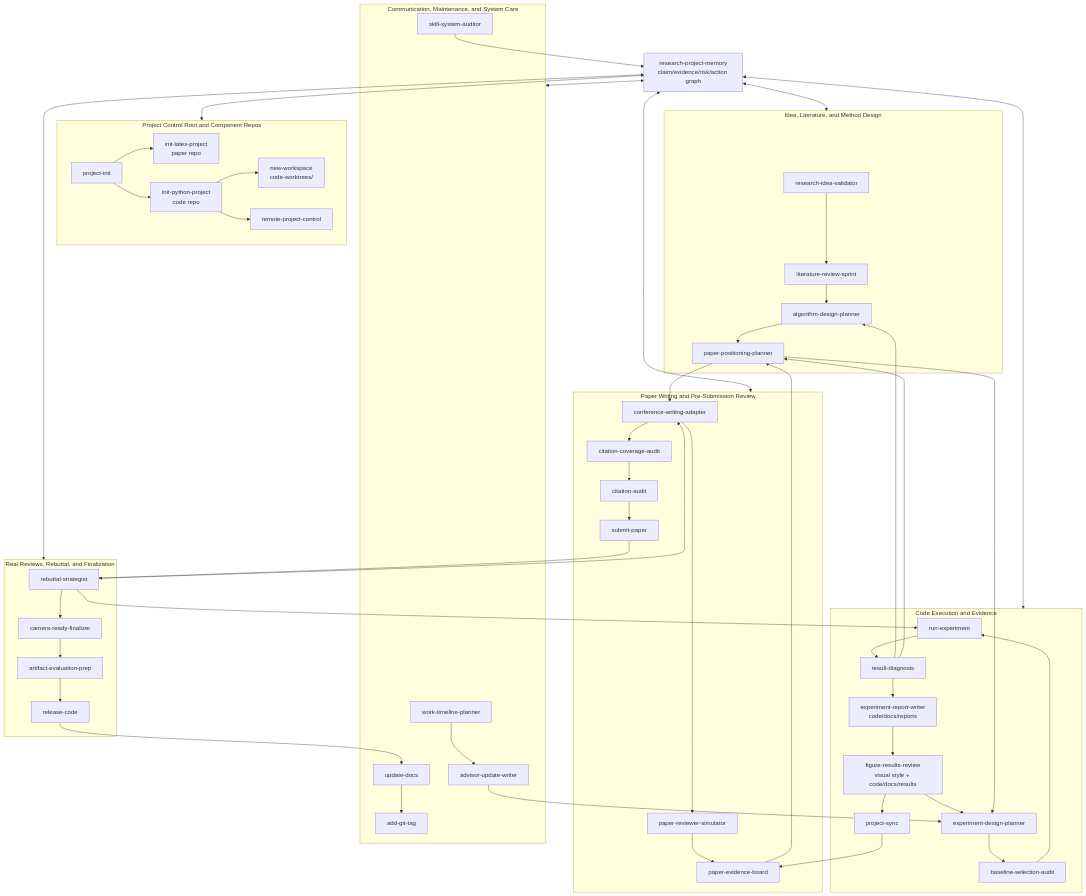
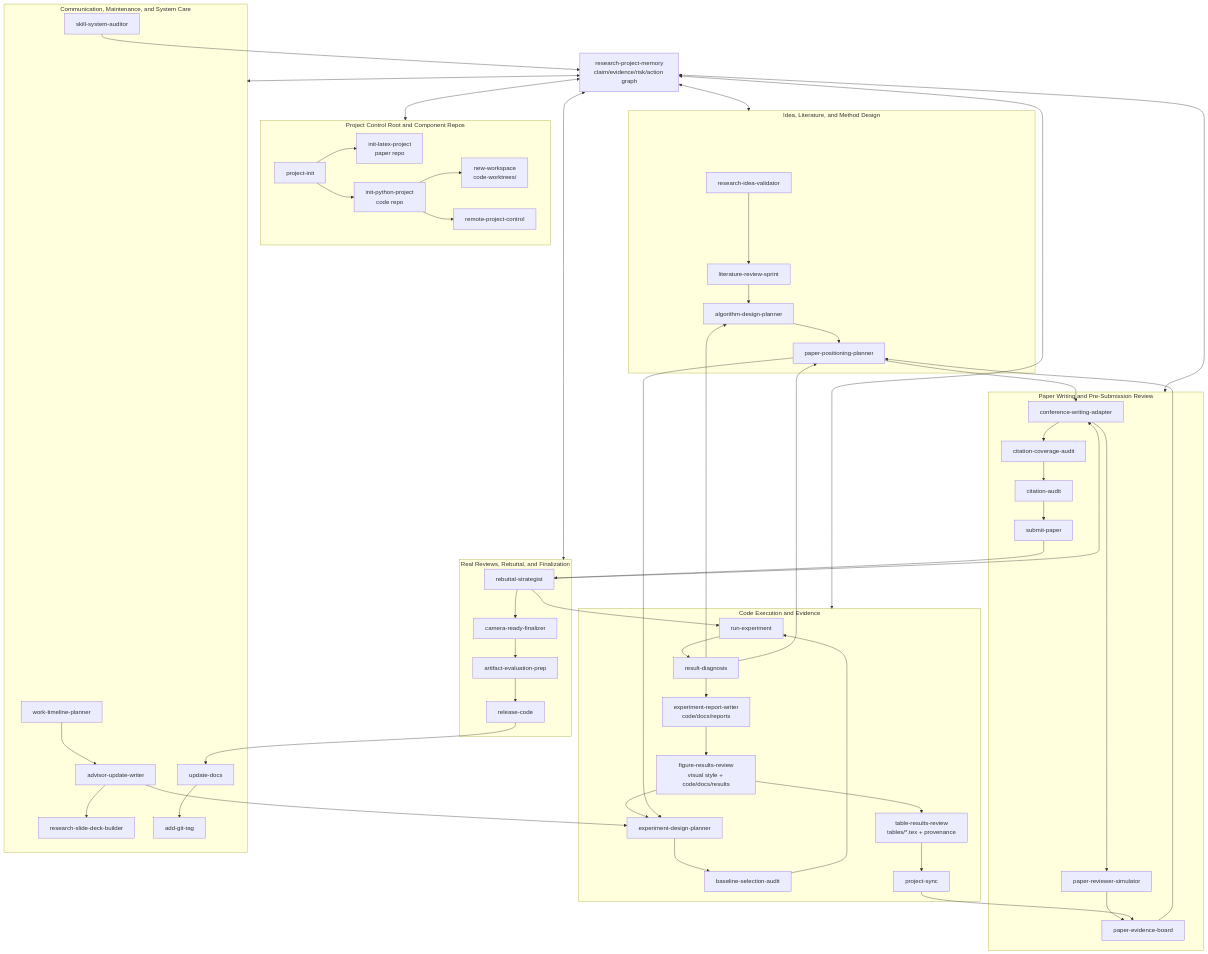
The diagram in README.md (a-green-hand-jack/ml-research-skills), drawn with Mermaid before and after one commit. The commit also changed other lines of this file and 17 other files, not shown here.

```diff
--- a/README.md
+++ b/README.md
@@ -110,8 +297,9 @@
         RD[result-diagnosis]
         ERW[experiment-report-writer<br/>code/docs/reports]
         FRR[figure-results-review<br/>visual style + code/docs/results]
+        TRR[table-results-review<br/>tables/*.tex + provenance]
         PS[project-sync]
-        EDP --> BSA --> RUN --> RD --> ERW --> FRR --> PS
+        EDP --> BSA --> RUN --> RD --> ERW --> FRR --> TRR --> PS
         RD --> D
         RD --> P
         FRR --> EDP
@@ -142,11 +330,13 @@
 
     subgraph F[Communication, Maintenance, and System Care]
         AU[advisor-update-writer]
+        SDB[research-slide-deck-builder]
         DOC[update-docs]
         TAG[add-git-tag]
         TL[work-timeline-planner]
         SSA[skill-system-auditor]
         AU --> EDP
+        AU --> SDB
         DOC --> TAG
         TL --> AU
     end
```
